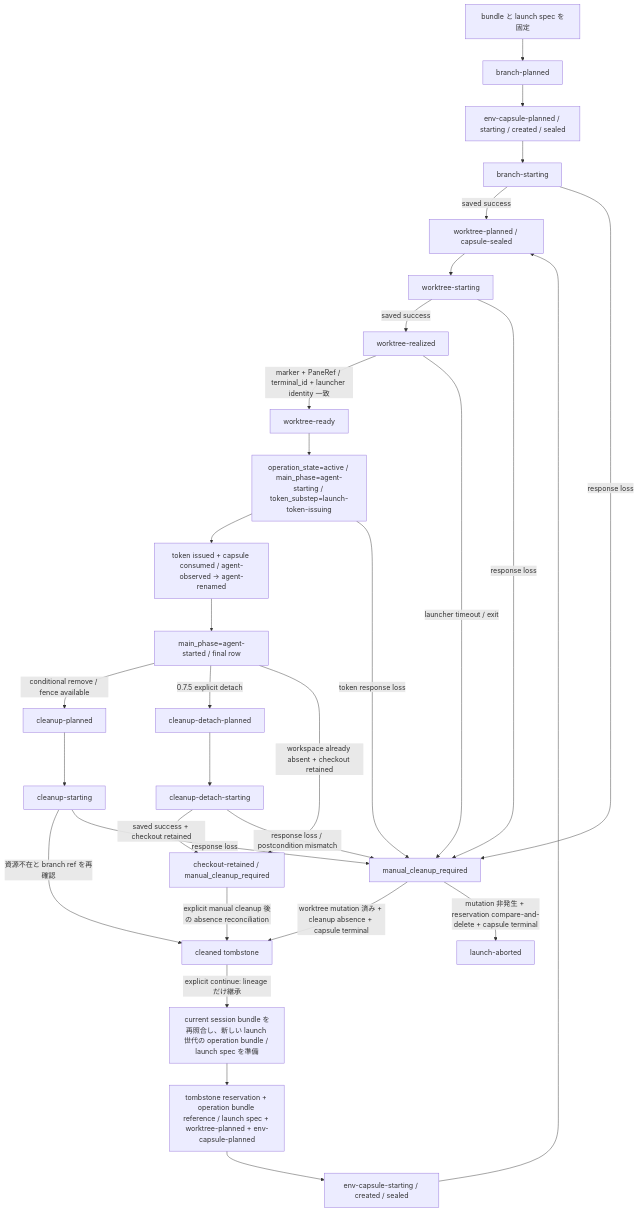
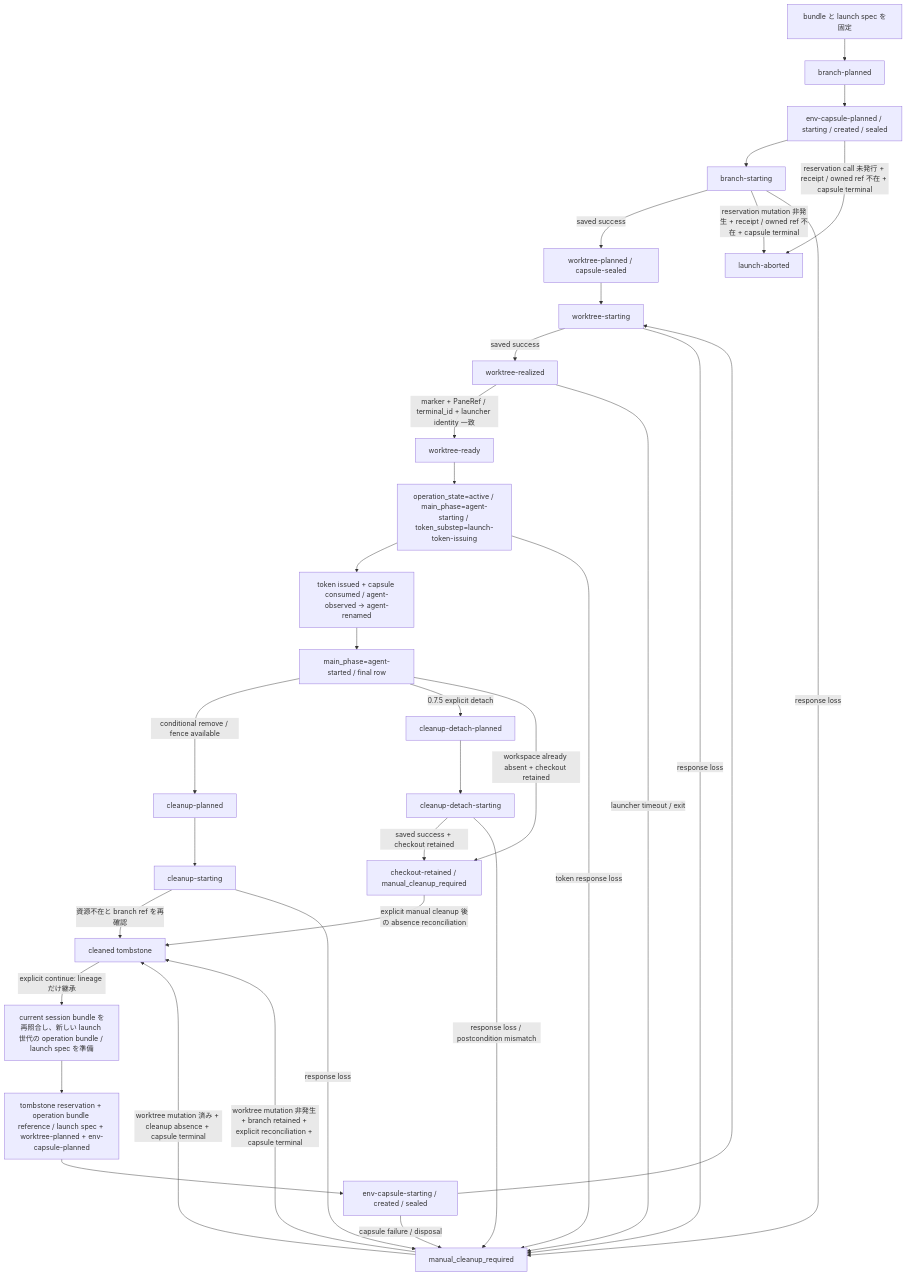
One commit to butaosuinu/fanout changed the diagram in docs/herdr-runtime-backend-spike.ja.md. Above: the diagram before and after it, drawn with Mermaid. The commit also changed other lines of this file, not shown here.

Commit message:
docs: Herdr manifest と branch 保全契約を補強

````diff
--- a/docs/herdr-runtime-backend-spike.ja.md
+++ b/docs/herdr-runtime-backend-spike.ja.md
@@ -573,33 +617,36 @@
 ```mermaid
 flowchart TD
   A["bundle と launch spec を固定"] --> B["branch-planned"]
   B --> EC["env-capsule-planned / starting / created / sealed"]
   EC --> C["branch-starting"]
   C -->|saved success| D["worktree-planned / capsule-sealed"]
   D --> E["worktree-starting"]
   E -->|saved success| F["worktree-realized"]
   F -->|marker + PaneRef / terminal_id + launcher identity 一致| WR["worktree-ready"]
   WR --> G["operation_state=active / main_phase=agent-starting / token_substep=launch-token-issuing"]
   G --> GO["token issued + capsule consumed / agent-observed -> agent-renamed"]
   GO --> H["main_phase=agent-started / final row"]
   H -->|conditional remove / fence available| I["cleanup-planned"]
   H -->|0.7.5 explicit detach| DP["cleanup-detach-planned"]
   DP --> DS["cleanup-detach-starting"]
   DS -->|saved success + checkout retained| R["checkout-retained / manual_cleanup_required"]
   H -->|workspace already absent + checkout retained| R
   I --> J["cleanup-starting"]
   J -->|資源不在と branch ref を再確認| K["cleaned tombstone"]
   R -->|explicit manual cleanup 後の absence reconciliation| K
   X -->|worktree mutation 済み + cleanup absence + capsule terminal| K
-  X -->|mutation 非発生 + reservation compare-and-delete + capsule terminal| LA["launch-aborted"]
+  C -->|reservation mutation 非発生 + receipt / owned ref 不在 + capsule terminal| LA["launch-aborted"]
+  X -->|worktree mutation 非発生 + branch retained + explicit reconciliation + capsule terminal| K
   K -->|explicit continue: lineage だけ継承| CA["current session bundle を再照合し、新しい launch 世代の operation bundle / launch spec を準備"]
   CA --> CP["tombstone reservation + operation bundle reference / launch spec + worktree-planned + env-capsule-planned"]
   CP --> CC["env-capsule-starting / created / sealed"]
-  CC --> D
+  CC --> E
+  EC -->|reservation call 未発行 + receipt / owned ref 不在 + capsule terminal| LA
+  CC -->|capsule failure / disposal| X
   C -->|response loss| X["manual_cleanup_required"]
   E -->|response loss| X
   F -->|launcher timeout / exit| X
   G -->|token response loss| X
   DS -->|response loss / postcondition mismatch| X
   J -->|response loss| X
 ```
````
